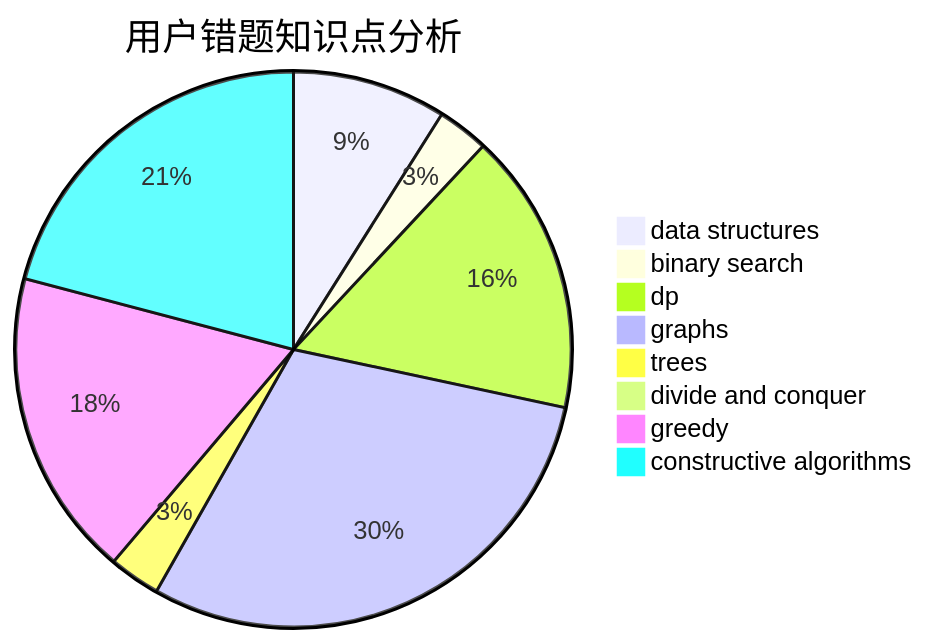
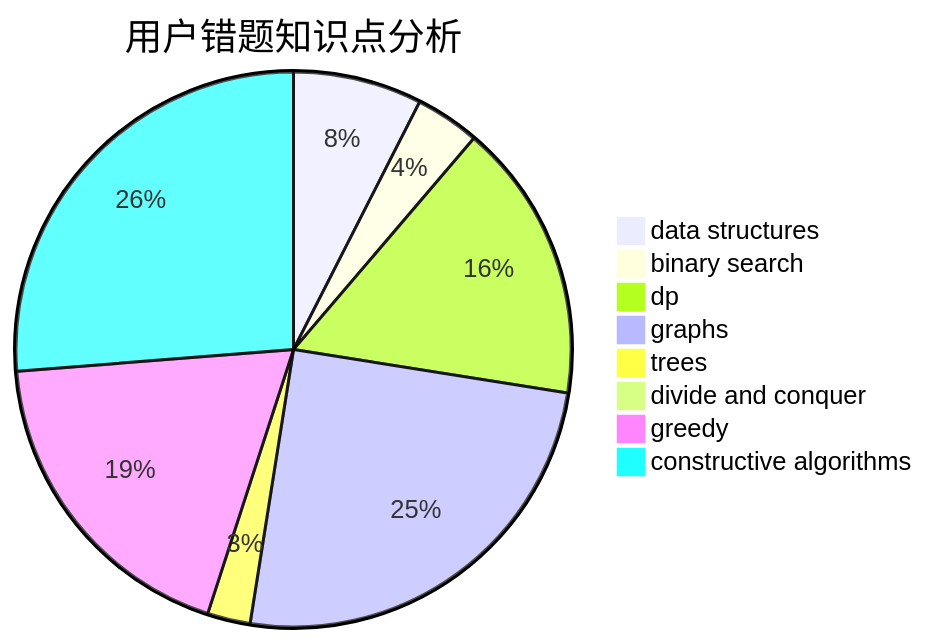
One commit to sherpahu/cfrs.github.io changed the third of 3 diagrams in docs/user/u159.md. Above: the diagram before and after it, drawn with Mermaid. The commit also changed other lines of this file and 2770 other files, not shown here.

````diff
--- a/docs/user/u159.md
+++ b/docs/user/u159.md
@@ -36,11 +36,11 @@
 ```mermaid
 pie title 用户错题知识点分析
     "data structures" :  6
-    "binary search" :  2
-    "dp" :  11
+    "binary search" :  3
+    "dp" :  13
     "graphs" :  20
     "trees" :  2
     "divide and conquer" :  0
-    "greedy" :  12
-    "constructive algorithms" :  14
+    "greedy" :  15
+    "constructive algorithms" :  21
 ```
````
